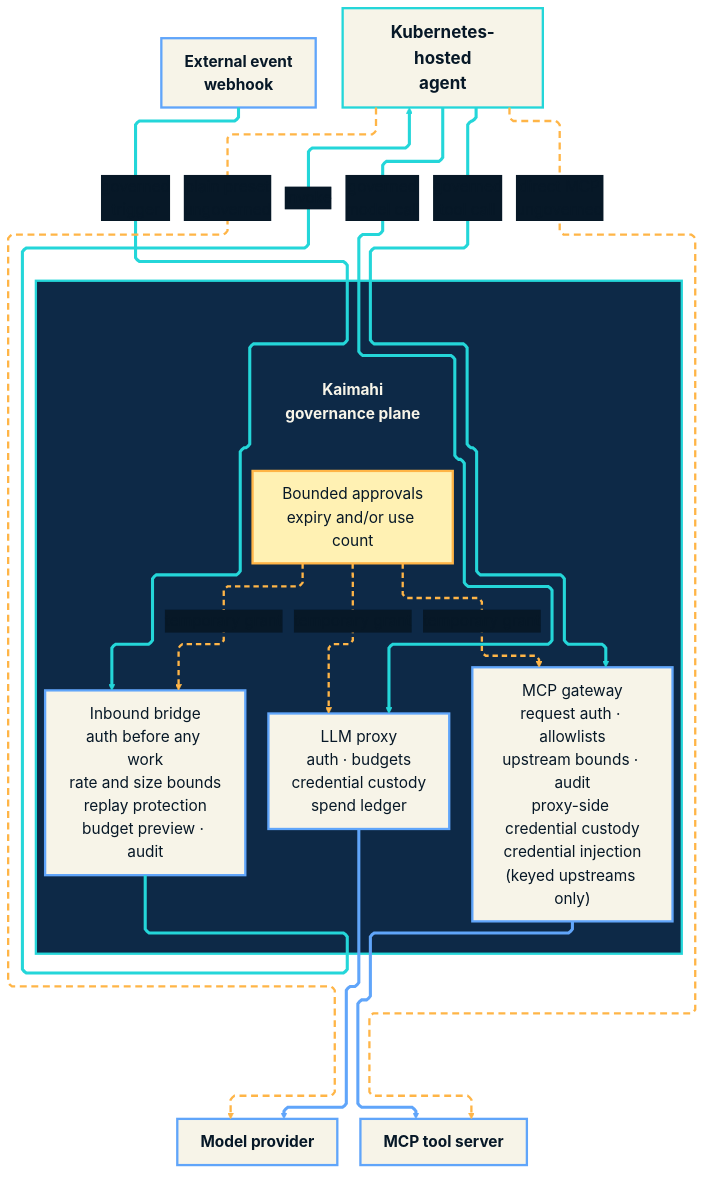
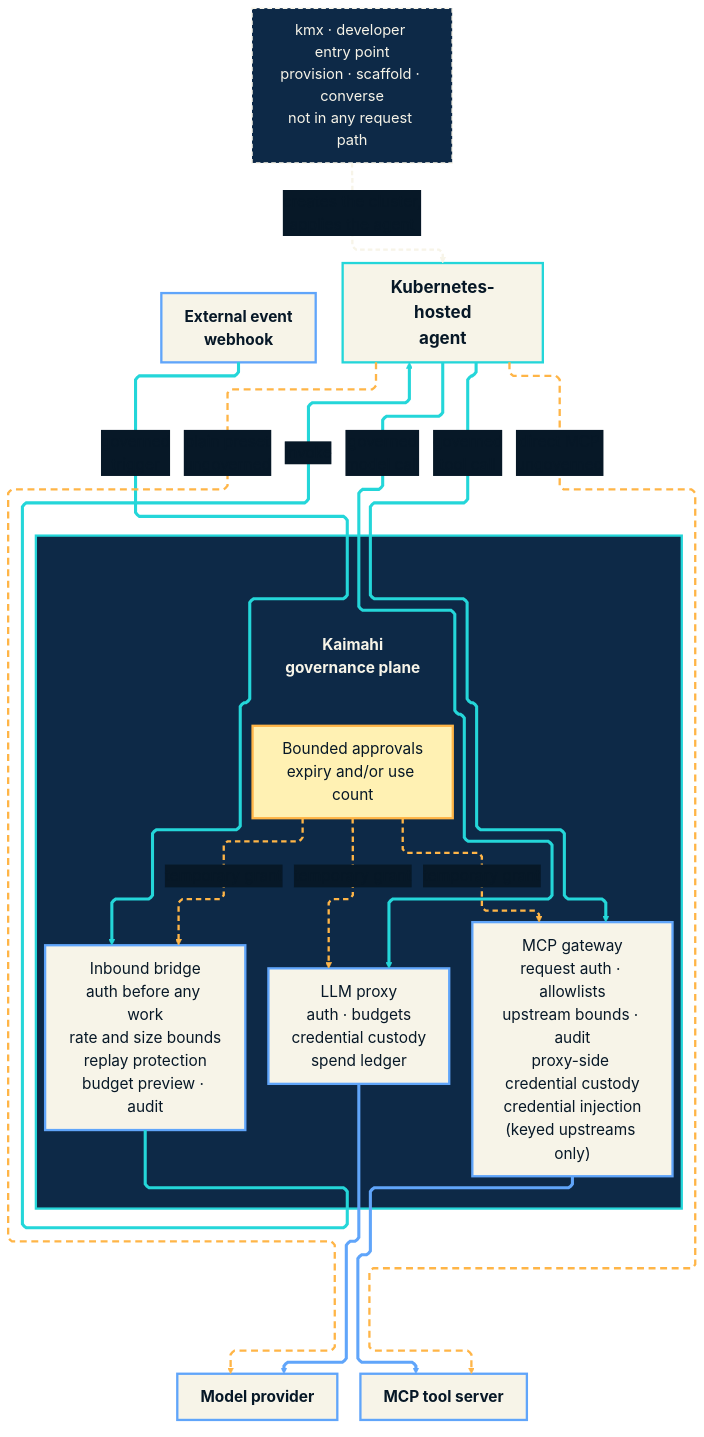
Before and after one commit to gambtho/tomte: the diagram in docs/assets/architecture.mmd, drawn with Mermaid. The commit also changed 2 other files, not shown here.

First paragraph of the commit message:
docs: show where kmx sits — outside every request path
The diagram showed the governed request paths but not the tool a developer
actually starts with, so there was no answer to 'where does kmx fit?'.

```diff
--- a/docs/assets/architecture.mmd
+++ b/docs/assets/architecture.mmd
@@ -1,89 +1,94 @@
 ---
 config:
   theme: base
   themeCSS: |
     .edgeLabels .edgeLabel span,
     .edgeLabels .edgeLabel p {
       color: #F7F4E8 !important;
       fill: #F7F4E8 !important;
     }
   layout: elk
   elk:
     mergeEdges: false
     nodePlacementStrategy: SIMPLE
     nodePlacementAlignment: BALANCED
     forceNodeModelOrder: true
     considerModelOrder: NODES_AND_EDGES
   flowchart:
     htmlLabels: true
     nodeSpacing: 24
     rankSpacing: 36
     curve: linear
   themeVariables:
     background: "#071827"
     fontFamily: "Arial, Helvetica, sans-serif"
     fontSize: 20px
     textColor: "#F7F4E8"
     titleColor: "#F7F4E8"
     nodeTextColor: "#F7F4E8"
     primaryColor: "#F7F4E8"
     primaryTextColor: "#071827"
     primaryBorderColor: "#24D6D9"
     lineColor: "#24D6D9"
     edgeLabelBackground: "#071827"
     clusterBkg: "#0D2947"
     clusterBorder: "#24D6D9"
 ---
 flowchart TB
     accTitle: Kaimahi governance architecture
-    accDescr: A Kubernetes-hosted agent reaches models and tools through Kaimahi's governed paths, and external events reach the agent through Kaimahi's governed inbound bridge, while dashed direct paths are explicitly ungoverned.
+    accDescr: The kmx developer entry point provisions the cluster and scaffolds agents, sitting outside every request path. A Kubernetes-hosted agent then reaches models and tools through Kaimahi's governed paths, and external events reach the agent through Kaimahi's governed inbound bridge, while dashed direct paths are explicitly ungoverned.
 
+    D["kmx · developer entry point<br/>provision · scaffold · converse<br/>not in any request path"]
     W["External event<br/>webhook"]
     A["Kubernetes-hosted<br/>agent"]
 
     subgraph K[" "]
       direction TB
       H["Kaimahi<br/>governance plane"]
       P["Bounded approvals<br/>expiry and/or use count"]
       L["LLM proxy<br/>auth · budgets<br/>credential custody<br/>spend ledger"]
       T["MCP gateway<br/>request auth · allowlists<br/>upstream bounds · audit<br/>proxy-side credential custody<br/>credential injection<br/>(keyed upstreams only)"]
       N["Inbound bridge<br/>auth before any work<br/>rate and size bounds<br/>replay protection<br/>budget preview · audit"]
       H ~~~ P
       P -. "temporary grant" .-> L
       P -. "temporary grant" .-> T
       P -. "temporary grant" .-> N
     end
 
     subgraph E[" "]
       direction LR
       M["Model provider"]
       X["MCP tool server"]
     end
 
+    D -. "creates the cluster,<br/>applies the agent" .-> A
     W -->|"governed<br/>trigger"| N
     N -->|"invoke"| A
     A -->|"governed<br/>model call"| L
     A -->|"governed<br/>tool call"| T
     L --> M
     T --> X
     A -. "plain preset<br/>ungoverned" .-> M
     A -. "direct MCP<br/>ungoverned" .-> X
 
     classDef agent fill:#F7F4E8,color:#071827,stroke:#24D6D9,stroke-width:3px,font-size:22px,font-weight:bold;
     classDef control fill:#F7F4E8,color:#071827,stroke:#60A5FA,stroke-width:3px,font-size:20px;
     classDef approval fill:#FFF1B3,color:#071827,stroke:#FFB547,stroke-width:3px,font-size:20px;
     classDef target fill:#F7F4E8,color:#071827,stroke:#60A5FA,stroke-width:3px,font-size:20px,font-weight:bold;
+    classDef tooling fill:#0D2947,color:#F7F4E8,stroke:#F7F4E8,stroke-width:2px,stroke-dasharray:6 4,font-size:19px;
     classDef heading fill:transparent,color:#F7F4E8,stroke:transparent,font-size:20px,font-weight:bold;
     class A agent;
     class L,T,N control;
     class P approval;
     class H heading;
     class M,X target;
     class W target;
+    class D tooling;
     style K fill:#0D2947,stroke:#24D6D9,stroke-width:3px,color:#F7F4E8
     style E fill:transparent,stroke:transparent
     linkStyle 0 stroke:transparent,fill:none;
     linkStyle 1,2,3 stroke:#FFB547,color:#FFF1B3,stroke-width:3px,stroke-dasharray:7 5;
-    linkStyle 4,5,6,7 stroke:#24D6D9,color:#F7F4E8,stroke-width:4px;
-    linkStyle 8,9 stroke:#60A5FA,color:#F7F4E8,stroke-width:4px;
-    linkStyle 10,11 stroke:#FFB547,color:#FFF1B3,stroke-width:3px,stroke-dasharray:9 6;
+    linkStyle 4 stroke:#F7F4E8,color:#F7F4E8,stroke-width:3px,stroke-dasharray:6 4;
+    linkStyle 5,6,7,8 stroke:#24D6D9,color:#F7F4E8,stroke-width:4px;
+    linkStyle 9,10 stroke:#60A5FA,color:#F7F4E8,stroke-width:4px;
+    linkStyle 11,12 stroke:#FFB547,color:#FFF1B3,stroke-width:3px,stroke-dasharray:9 6;
```
